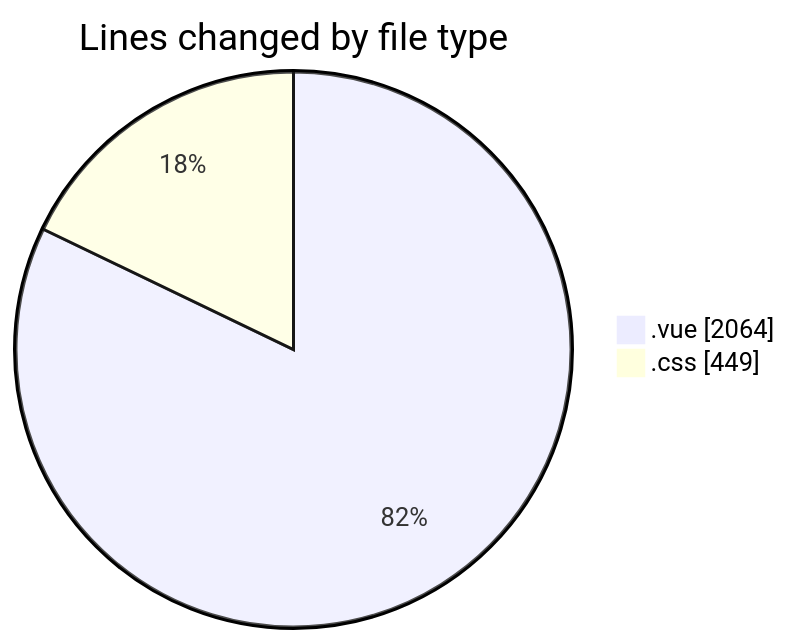
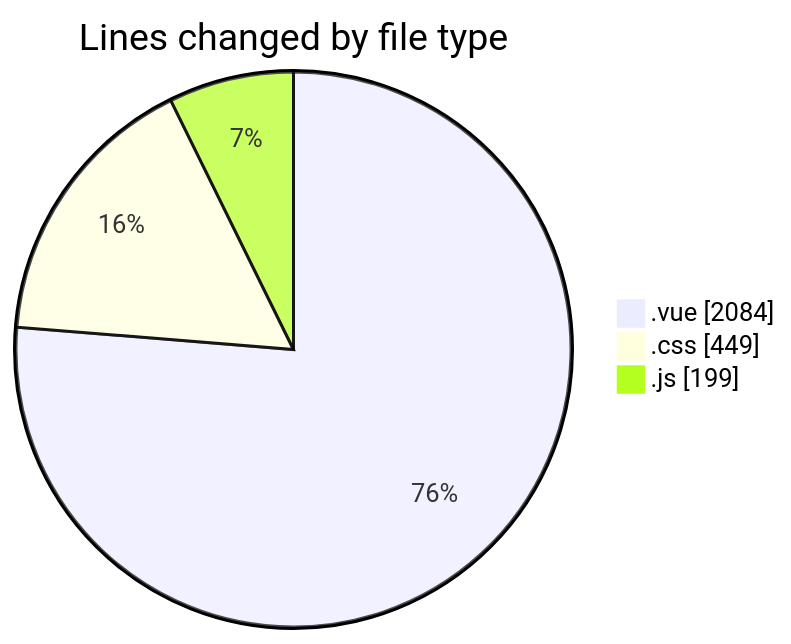
One commit to lephambinh05/code-tracking changed the first of 2 diagrams in 2025-08-10/rentotp/README.md. Above: the diagram before and after it, drawn with Mermaid. The commit also changed other lines of this file and 1 other file, not shown here.

````diff
--- a/2025-08-10/rentotp/README.md
+++ b/2025-08-10/rentotp/README.md
@@ -24,6 +25,7 @@
 ```mermaid
 pie showData
 title Lines changed by file type
-".vue" : 2064
+".vue" : 2084
 ".css" : 449
+".js" : 199
 ```
````
